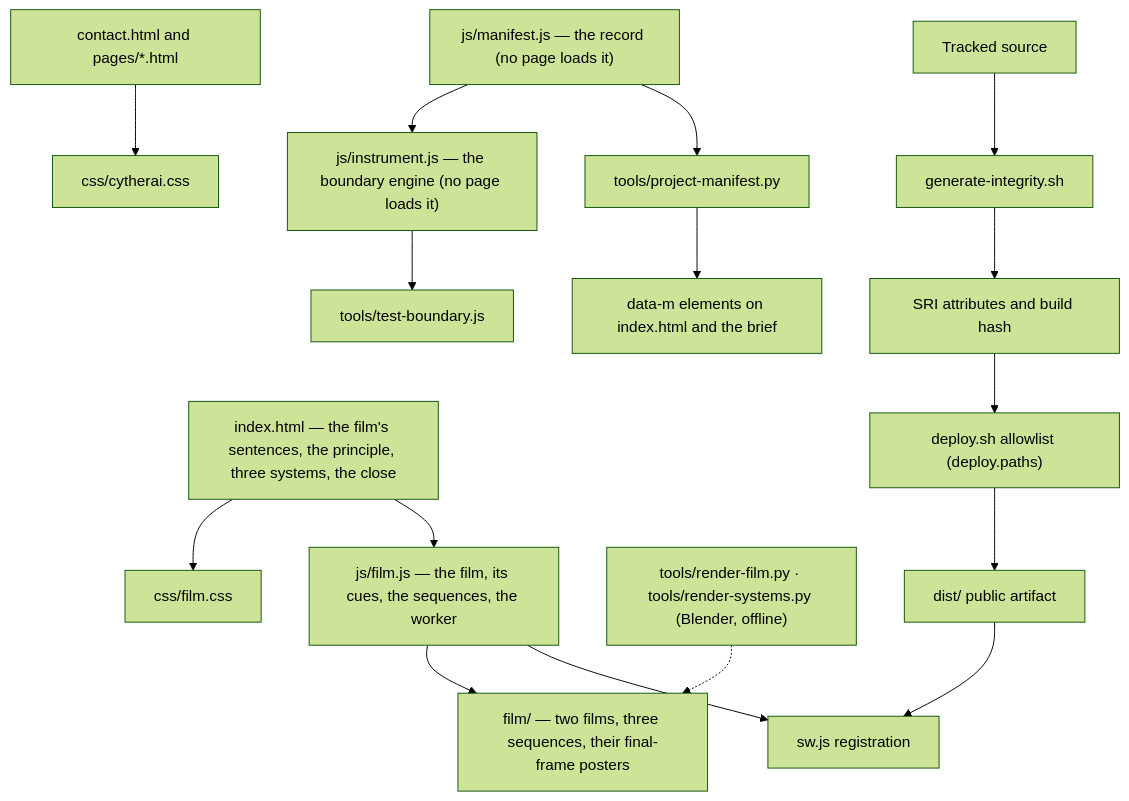
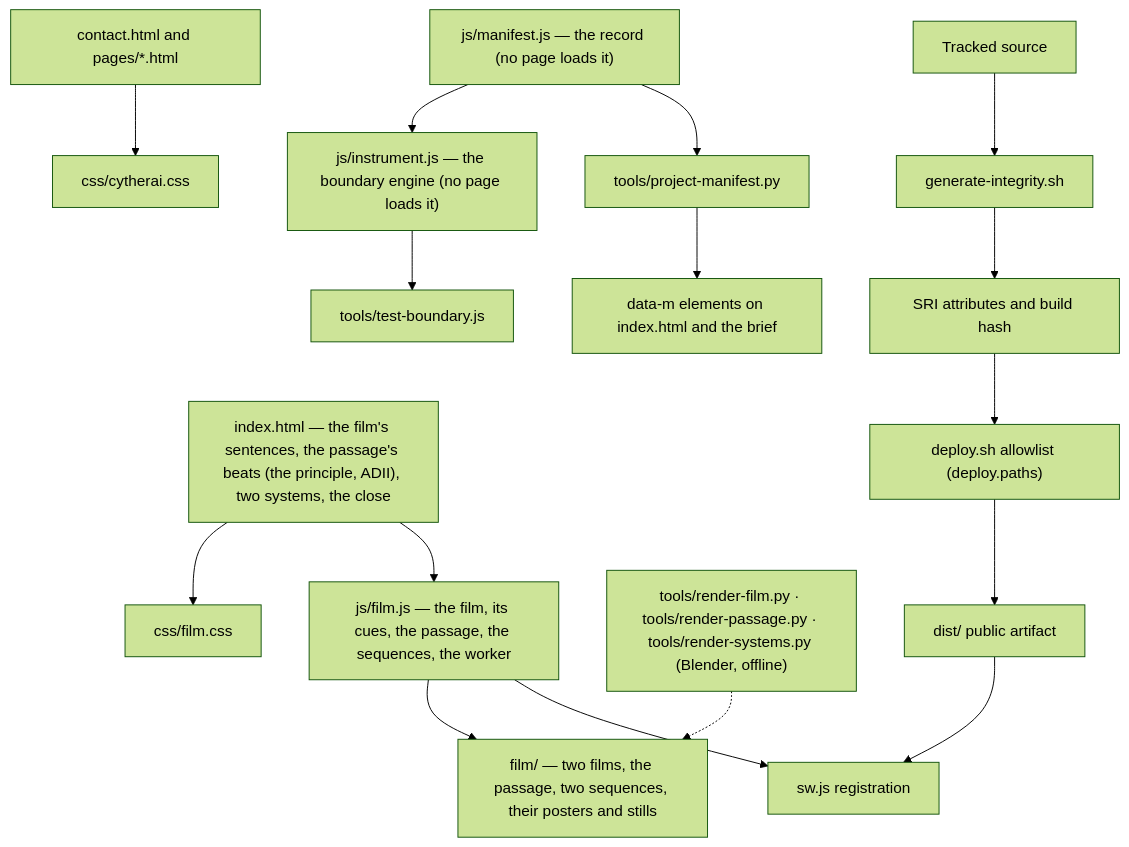
The diagram in docs/architecture.md (AethersDev/CytherAI), drawn with Mermaid (forest theme) before and after one commit. The commit also changed other lines of this file and 33 other files, not shown here.

Commit message:
release: the passage, the film opening into ADII under the scroll (The Shape of Permission, first piece) (build 86CD52B68E33C36A)

````diff
--- a/docs/architecture.md
+++ b/docs/architecture.md
@@ -21,21 +23,21 @@
 ```mermaid
 flowchart TD
-  I["index.html — the film's sentences, the principle, three systems, the close"] --> CSS2["css/film.css"]
-  I --> F["js/film.js — the film, its cues, the sequences, the worker"]
-  F --> MED["film/ — two films, three sequences, their final-frame posters"]
+  I["index.html — the film's sentences, the passage's beats (the principle, ADII), two systems, the close"] --> CSS2["css/film.css"]
+  I --> F["js/film.js — the film, its cues, the passage, the sequences, the worker"]
+  F --> MED["film/ — two films, the passage, two sequences, their posters and stills"]
   F --> SW["sw.js registration"]
-  RF["tools/render-film.py · tools/render-systems.py (Blender, offline)"] -.-> MED
+  RF["tools/render-film.py · tools/render-passage.py · tools/render-systems.py (Blender, offline)"] -.-> MED
 
   P["contact.html and pages/*.html"] --> CSS["css/cytherai.css"]
 
   M["js/manifest.js — the record (no page loads it)"] --> B["js/instrument.js — the boundary engine (no page loads it)"]
   B --> TB["tools/test-boundary.js"]
 
   SRC["Tracked source"] --> SRI["generate-integrity.sh"]
   SRI --> ID["SRI attributes and build hash"]
   ID --> DEP["deploy.sh allowlist (deploy.paths)"]
   DEP --> DIST["dist/ public artifact"]
   DIST --> SW
 
   M --> PM["tools/project-manifest.py"] --> DM["data-m elements on index.html and the brief"]
 ```
````
